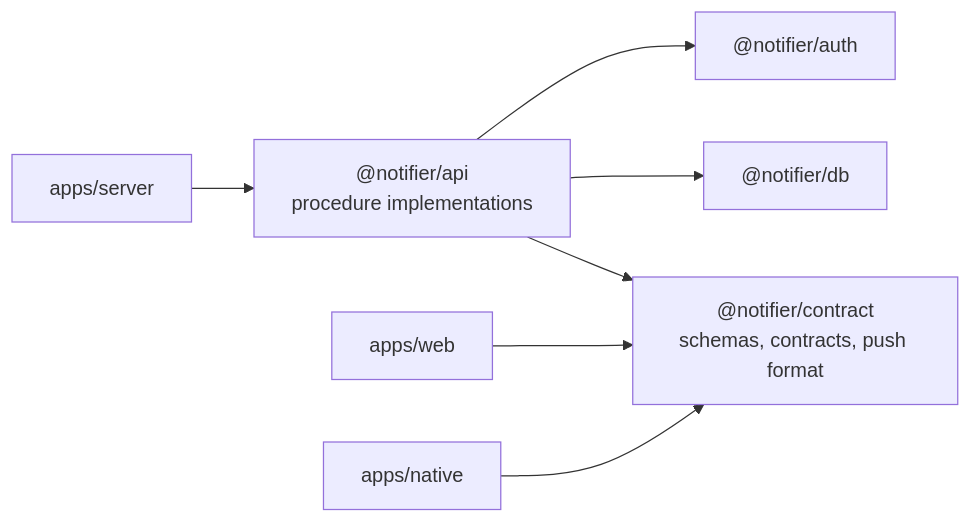
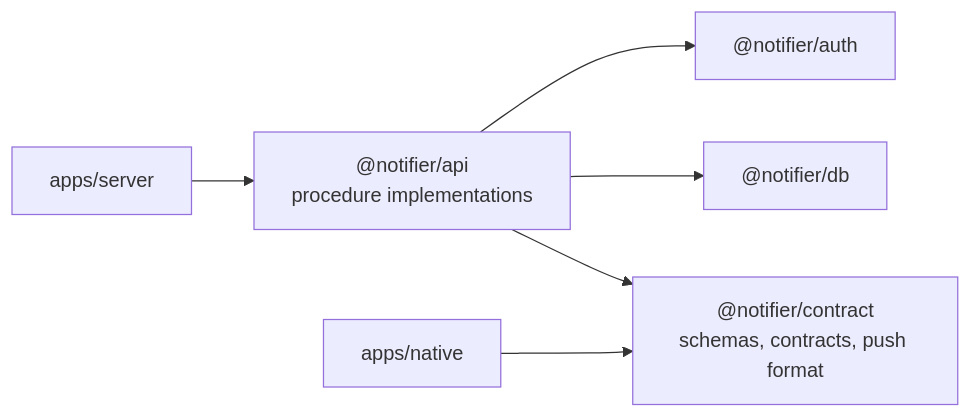
One commit to BRTZL/pocket-notifier changed the third of 3 diagrams in apps/fumadocs/content/docs/architecture/overview.mdx. Above: the diagram before and after it, drawn with Mermaid. The commit also changed other lines of this file and 7 other files, not shown here.

````diff
--- a/apps/fumadocs/content/docs/architecture/overview.mdx
+++ b/apps/fumadocs/content/docs/architecture/overview.mdx
@@ -69,17 +69,15 @@
 ```mermaid
 flowchart LR
   contract["@notifier/contract<br/>schemas, contracts, push format"]
   api["@notifier/api<br/>procedure implementations"]
   db["@notifier/db"]
   auth["@notifier/auth"]
   server["apps/server"]
-  web["apps/web"]
   native["apps/native"]
 
   api --> contract
   api --> db
   api --> auth
   server --> api
-  web --> contract
   native --> contract
 ```
````
